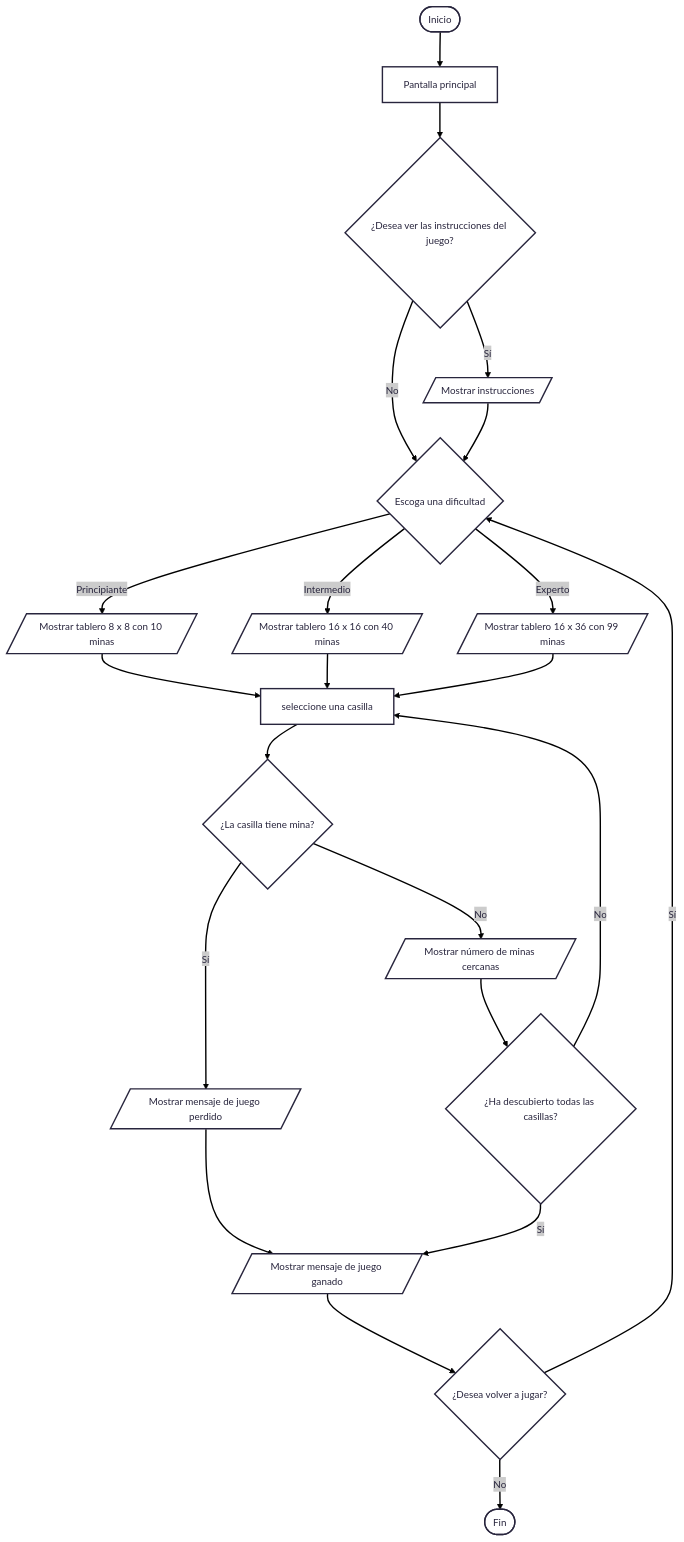
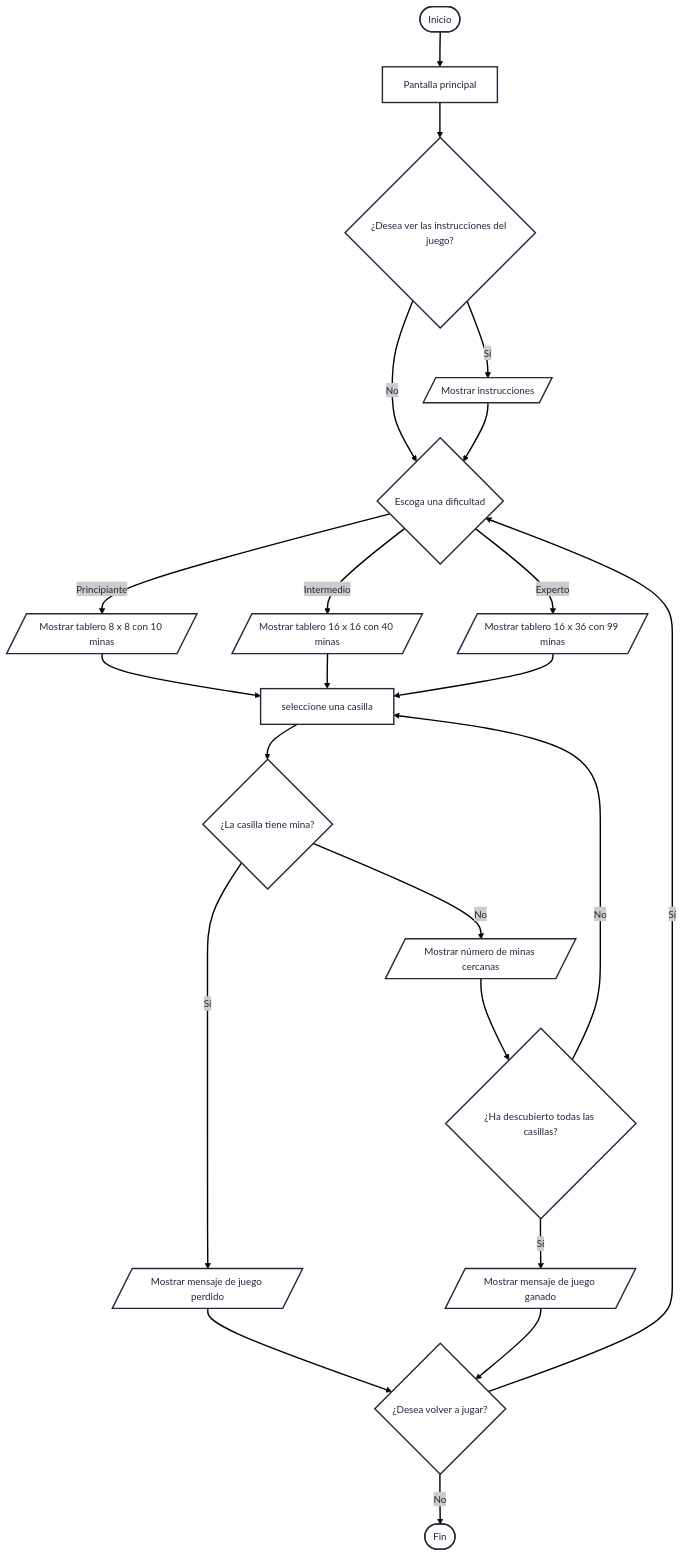
Before and after one commit to santiagorinconrodriguez/proyecto-codecraft-buscaminas: the diagram in README.md, drawn with Mermaid.

````diff
--- a/README.md
+++ b/README.md
@@ -31,29 +31,29 @@
 ``` mermaid
 ---
 config:
   theme: redux
 ---
 
 flowchart TD
     A(["Inicio"]) --> B[Pantalla principal]
     B --> C{"¿Desea ver las instrucciones del juego?"}
     C -- Sí --> D[/Mostrar instrucciones/]
     C -- No --> F
     D --> F{"Escoga una dificultad"}
     F -- Principiante --> G[/Mostrar tablero 8 x 8 con 10 minas/]
     F -- Intermedio --> H[/Mostrar tablero 16 x 16 con 40 minas/]
     F -- Experto --> I[/Mostrar tablero 16 x 36 con 99 minas/]
     G --> J[seleccione una casilla]
     H --> J
     I --> J
     J --> K{"¿La casilla tiene mina?"}
     K -- Sí --> L[/Mostrar mensaje de juego perdido/]
-    L --> O
+    L --> Q
     K -- No --> M[/Mostrar número de minas cercanas/]
     M --> N{"¿Ha descubierto todas las casillas?"}
     N -- No -->J
     N -- Sí --> O[/Mostrar mensaje de juego ganado/]
     O --> Q{"¿Desea volver a jugar?"}
     Q -- Sí -->F
     Q -- No --> P(["Fin"])
 ```
````
